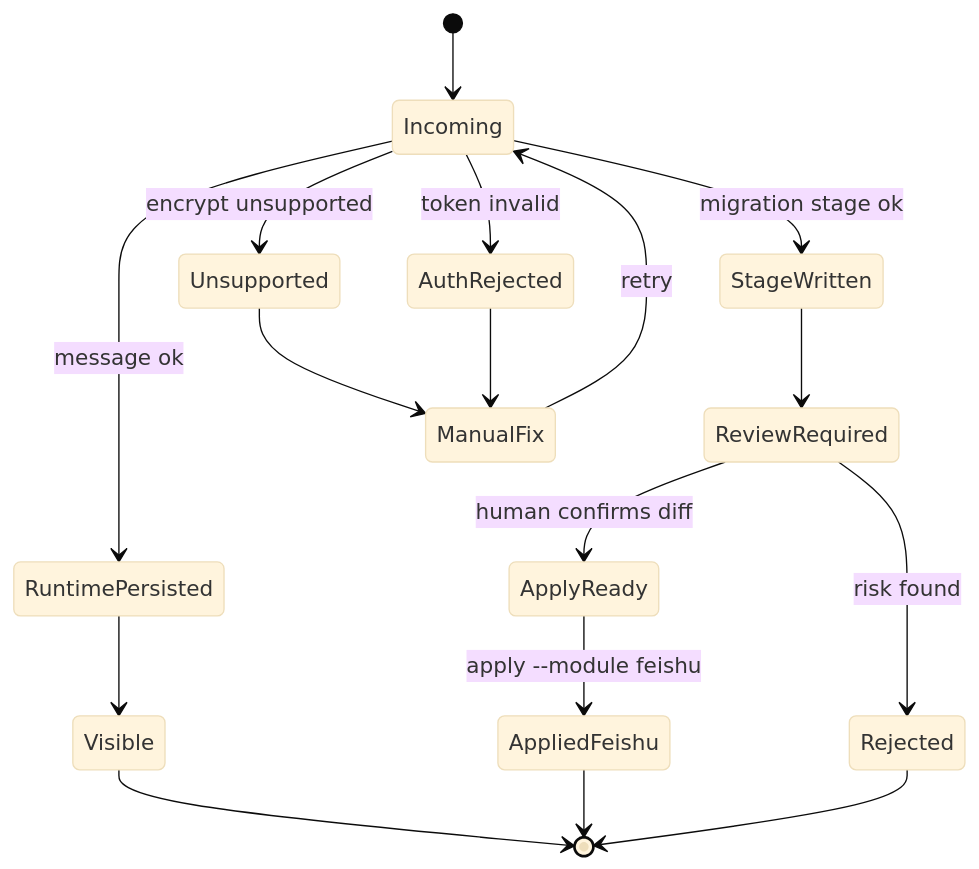
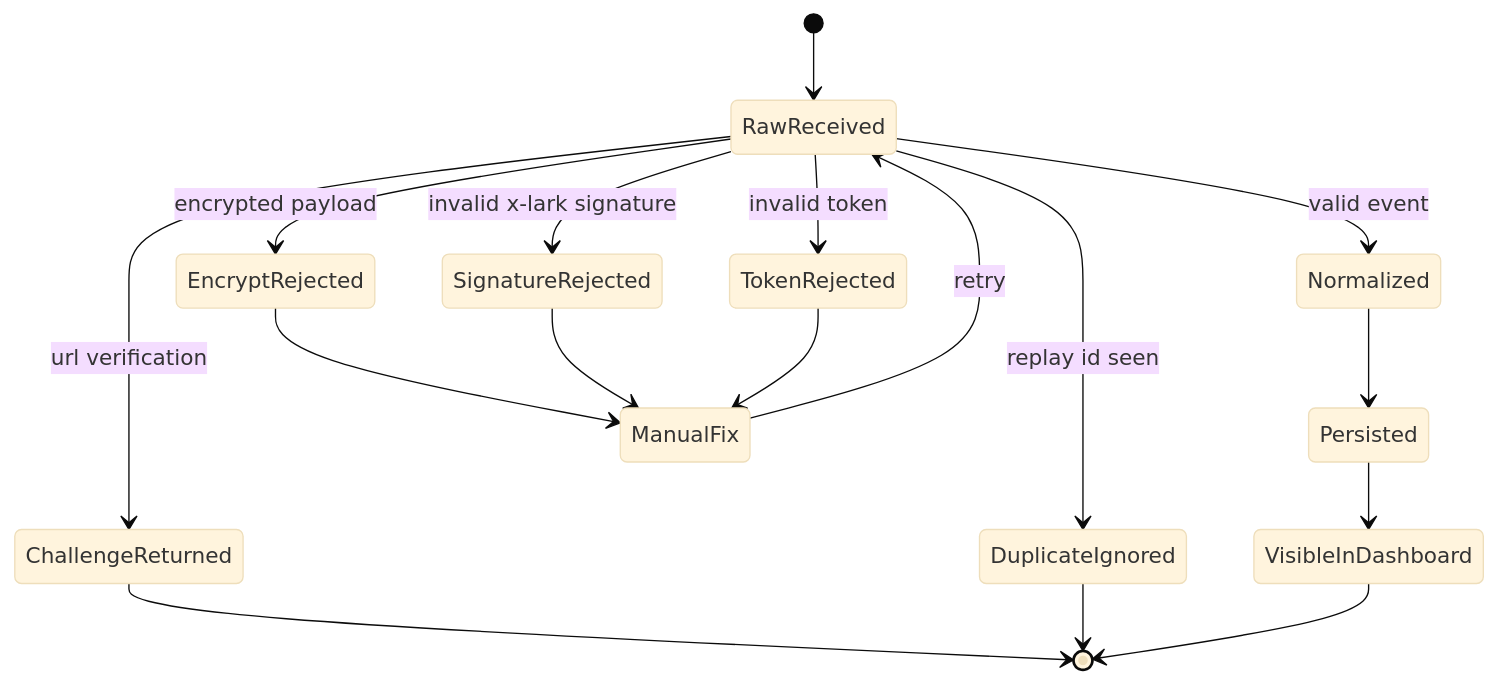
One commit to mayf3/myclaw changed the fifth of 8 diagrams in docs/implementation-architecture.md. Above: the diagram before and after it, drawn with Mermaid (base theme). The commit also changed other lines of this file and 38 other files, not shown here.

````diff
--- a/docs/implementation-architecture.md
+++ b/docs/implementation-architecture.md
@@ -186,19 +175,19 @@
 ```mermaid
 stateDiagram-v2
-  [*] --> Incoming
-  Incoming --> AuthRejected: token invalid
-  Incoming --> Unsupported: encrypt unsupported
-  Incoming --> RuntimePersisted: message ok
-  Incoming --> StageWritten: migration stage ok
-  RuntimePersisted --> Visible
-  StageWritten --> ReviewRequired
-  ReviewRequired --> ApplyReady: human confirms diff
-  ApplyReady --> AppliedFeishu: apply --module feishu
-  ReviewRequired --> Rejected: risk found
-  Unsupported --> ManualFix
-  AuthRejected --> ManualFix
-  ManualFix --> Incoming: retry
-  Visible --> [*]
-  AppliedFeishu --> [*]
-  Rejected --> [*]
+  [*] --> RawReceived
+  RawReceived --> SignatureRejected: invalid x-lark signature
+  RawReceived --> TokenRejected: invalid token
+  RawReceived --> EncryptRejected: encrypted payload
+  RawReceived --> ChallengeReturned: url verification
+  RawReceived --> DuplicateIgnored: replay id seen
+  RawReceived --> Normalized: valid event
+  Normalized --> Persisted
+  Persisted --> VisibleInDashboard
+  EncryptRejected --> ManualFix
+  SignatureRejected --> ManualFix
+  TokenRejected --> ManualFix
+  ManualFix --> RawReceived: retry
+  ChallengeReturned --> [*]
+  DuplicateIgnored --> [*]
+  VisibleInDashboard --> [*]
 ```
````
